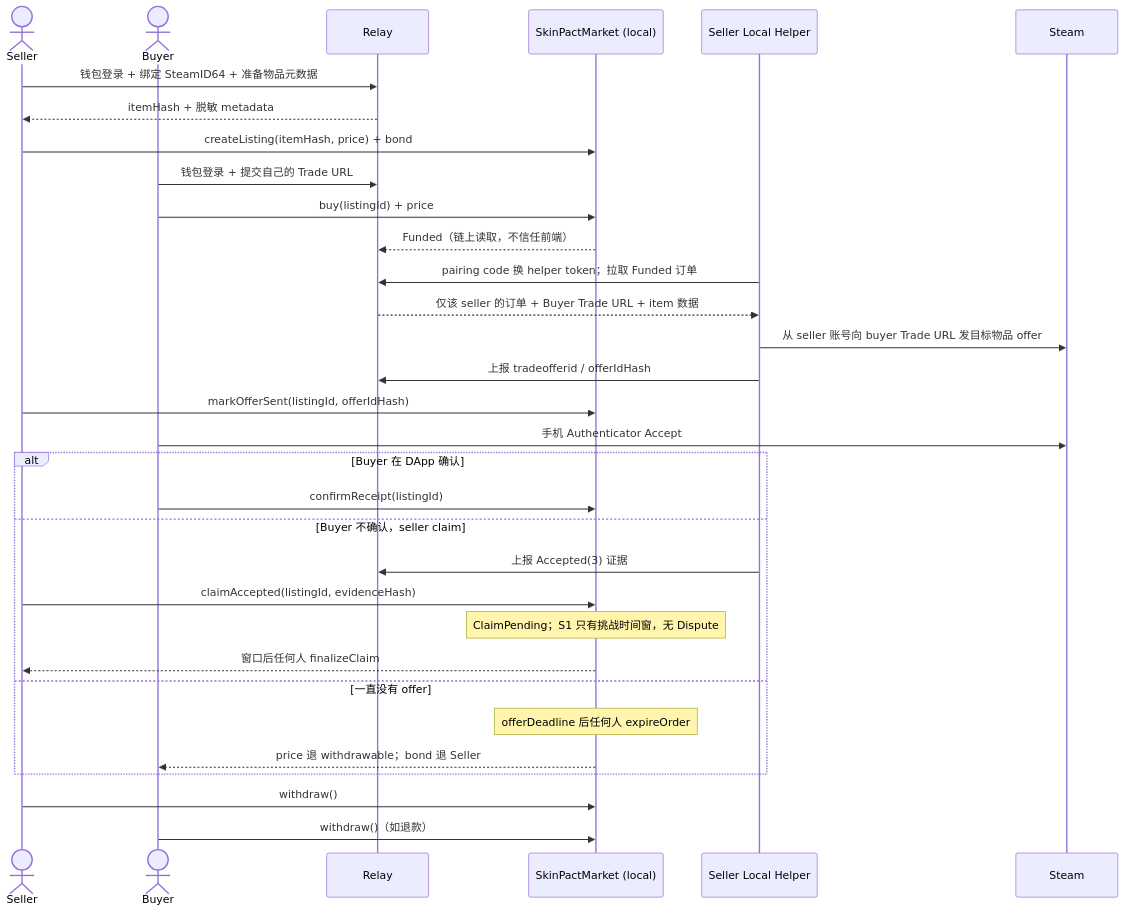
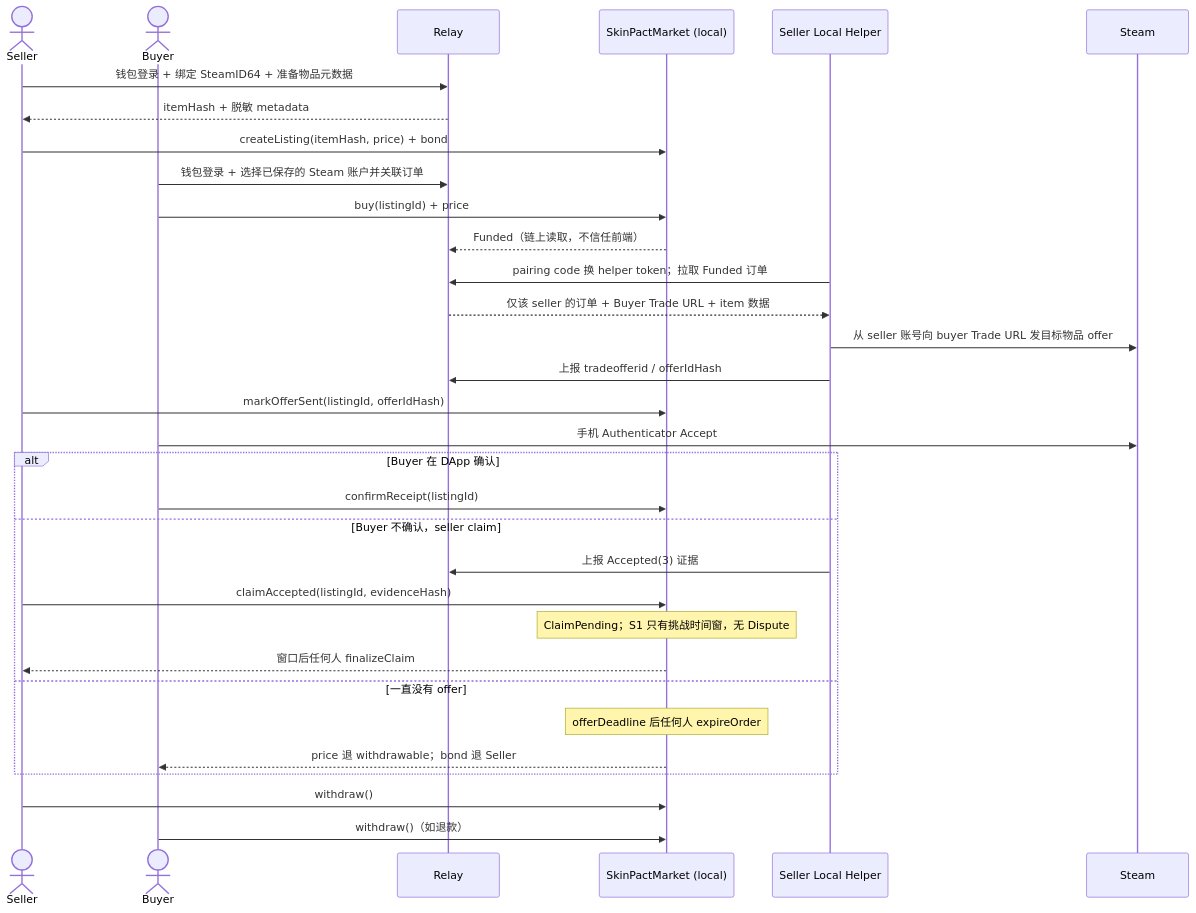
The first of 2 diagrams in specs/2026-11-03-stage-1-vertical-slice-spec.md (identity411/dapps), drawn with Mermaid before and after one commit. The commit also changed other lines of this file and 31 other files, not shown here.

````diff
--- a/specs/2026-11-03-stage-1-vertical-slice-spec.md
+++ b/specs/2026-11-03-stage-1-vertical-slice-spec.md
@@ -55,35 +56,35 @@
 ```mermaid
 sequenceDiagram
     actor Seller
     actor Buyer
     participant Relay
     participant Contract as SkinPactMarket (local)
     participant Helper as Seller Local Helper
     participant Steam
 
     Seller->>Relay: 钱包登录 + 绑定 SteamID64 + 准备物品元数据
     Relay-->>Seller: itemHash + 脱敏 metadata
     Seller->>Contract: createListing(itemHash, price) + bond
-    Buyer->>Relay: 钱包登录 + 提交自己的 Trade URL
+    Buyer->>Relay: 钱包登录 + 选择已保存的 Steam 账户并关联订单
     Buyer->>Contract: buy(listingId) + price
     Contract-->>Relay: Funded（链上读取，不信任前端）
     Helper->>Relay: pairing code 换 helper token；拉取 Funded 订单
     Relay-->>Helper: 仅该 seller 的订单 + Buyer Trade URL + item 数据
     Helper->>Steam: 从 seller 账号向 buyer Trade URL 发目标物品 offer
     Helper->>Relay: 上报 tradeofferid / offerIdHash
     Seller->>Contract: markOfferSent(listingId, offerIdHash)
     Buyer->>Steam: 手机 Authenticator Accept
     alt Buyer 在 DApp 确认
         Buyer->>Contract: confirmReceipt(listingId)
     else Buyer 不确认，seller claim
         Helper->>Relay: 上报 Accepted(3) 证据
         Seller->>Contract: claimAccepted(listingId, evidenceHash)
         Note over Contract: ClaimPending；S1 只有挑战时间窗，无 Dispute
         Contract-->>Seller: 窗口后任何人 finalizeClaim
     else 一直没有 offer
         Note over Contract: offerDeadline 后任何人 expireOrder
         Contract-->>Buyer: price 退 withdrawable；bond 退 Seller
     end
     Seller->>Contract: withdraw()
     Buyer->>Contract: withdraw()（如退款）
 ```
````
